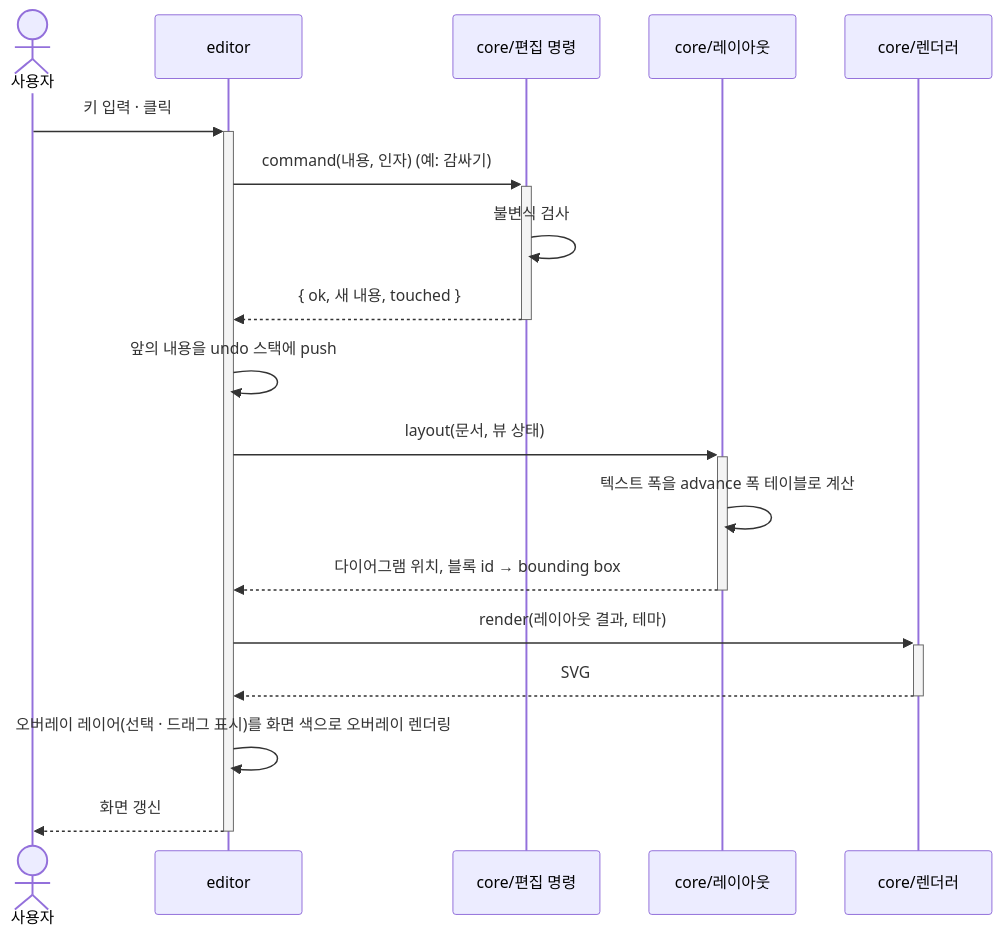
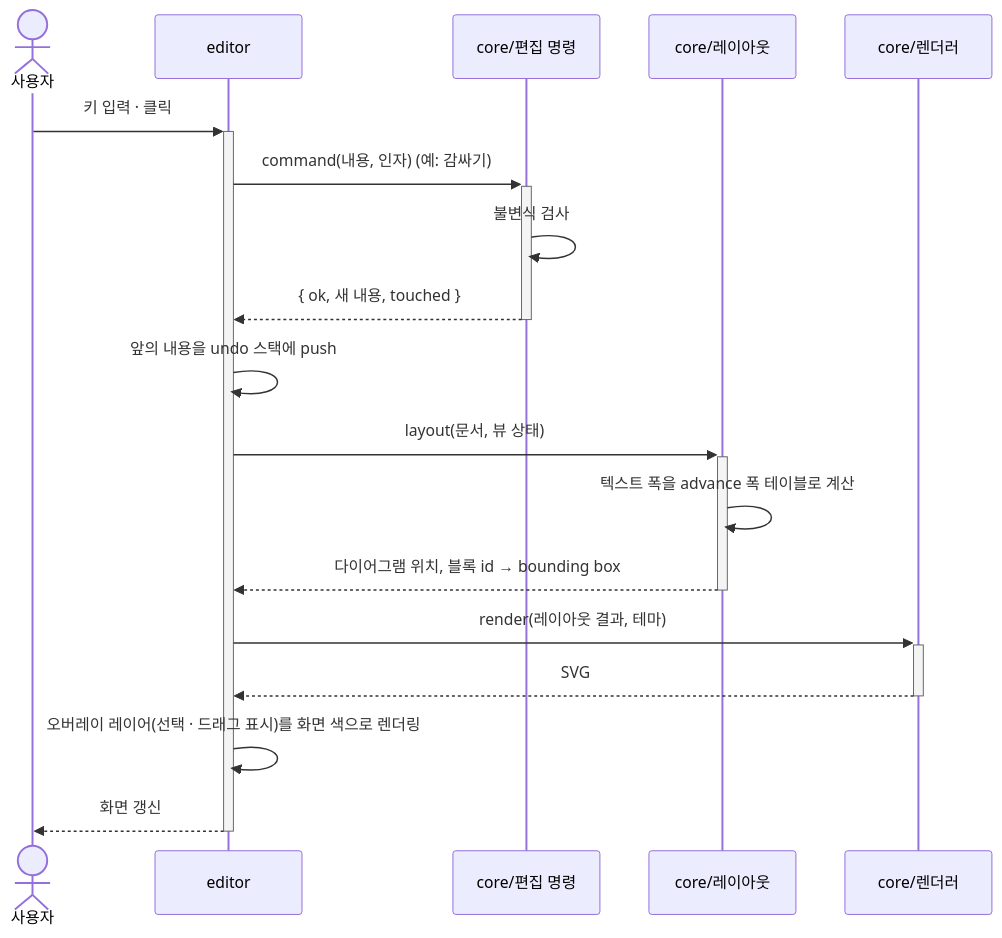
One commit to reddiana/AriadneNSD changed the fifth of 9 diagrams in docs/03-architecture/03-architecture.md. Above: the diagram before and after it, drawn with Mermaid. The commit also changed other lines of this file and 1 other file, not shown here.

First line of the commit message:
docs(architecture): 용어 치환의 조사와 뜻을 전수 교정

````diff
--- a/docs/03-architecture/03-architecture.md
+++ b/docs/03-architecture/03-architecture.md
@@ -412,20 +412,20 @@
 ```mermaid
 sequenceDiagram
     actor U as 사용자
     participant E as editor
     participant M as core/편집 명령
     participant L as core/레이아웃
     participant R as core/렌더러
     U->>+E: 키 입력 · 클릭
     E->>+M: command(내용, 인자) (예: 감싸기)
     M->>M: 불변식 검사
     M-->>-E: { ok, 새 내용, touched }
     E->>E: 앞의 내용을 undo 스택에 push
     E->>+L: layout(문서, 뷰 상태)
     L->>L: 텍스트 폭을 advance 폭 테이블로 계산
     L-->>-E: 다이어그램 위치, 블록 id → bounding box
     E->>+R: render(레이아웃 결과, 테마)
     R-->>-E: SVG
-    E->>E: 오버레이 레이어(선택 · 드래그 표시)를 화면 색으로 오버레이 렌더링
+    E->>E: 오버레이 레이어(선택 · 드래그 표시)를 화면 색으로 렌더링
     E-->>-U: 화면 갱신
 ```
````
